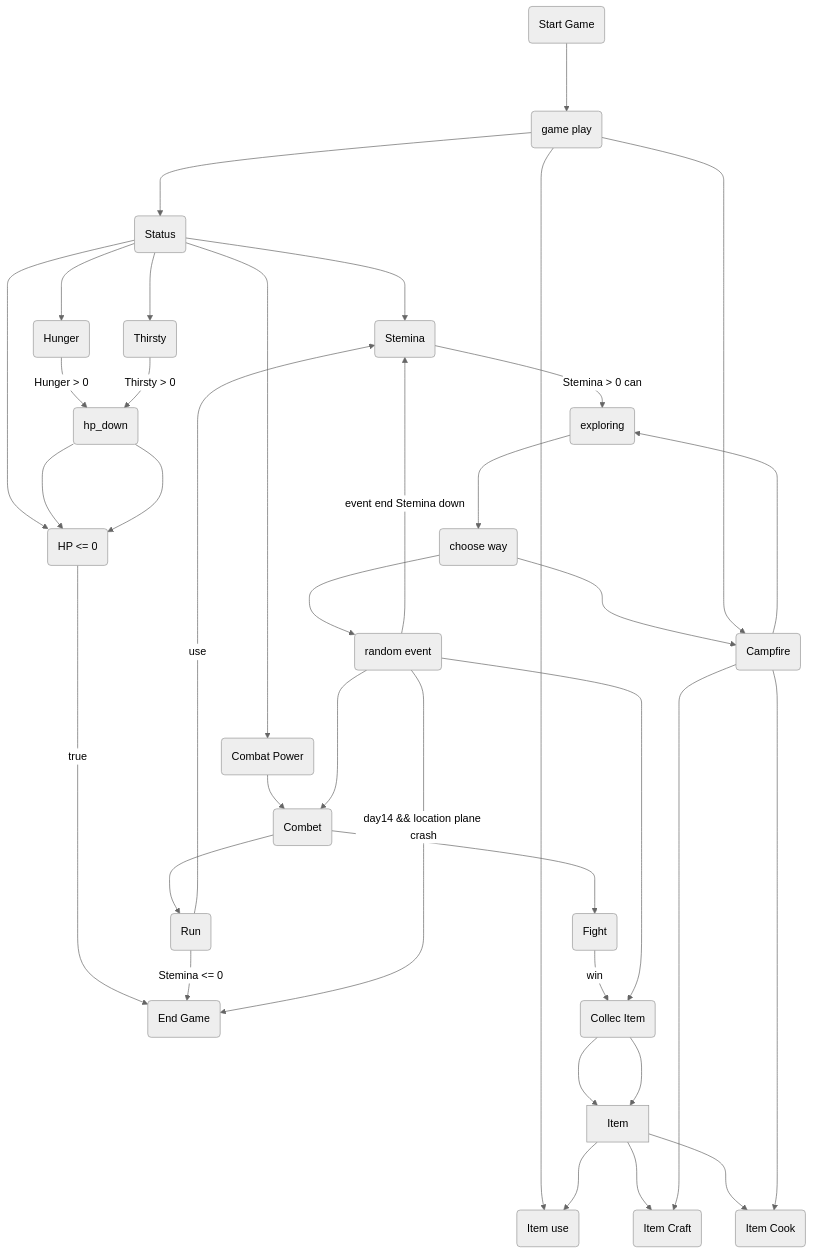
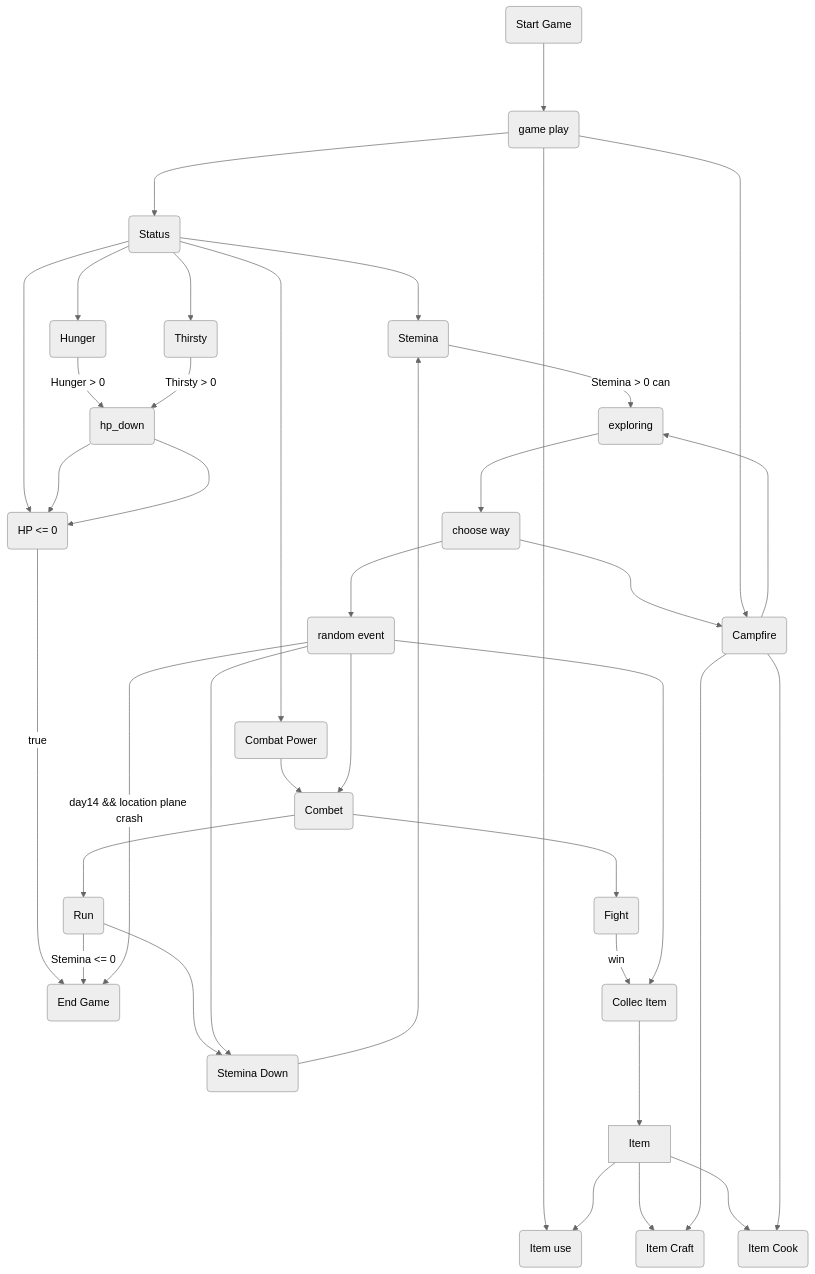
The diagram in need me.md (SSProgamer/C-Project), drawn with Mermaid (neutral theme) before and after one commit.

Commit message:
Update need me.md

````diff
--- a/need me.md
+++ b/need me.md
@@ -35,27 +35,27 @@
 ```mermaid
 flowchart TD
 start(Start Game) ---> ingame(game play)
 ingame ---> status(Status) --->hp
 status ---> Stemina(Stemina) -- Stemina > 0 can--> explore
 status ---> Hunger(Hunger) --Hunger > 0--> hp_down(hp_down) ---> hp
 status ---> Thirsty(Thirsty) --Thirsty > 0--> hp_down(hp_down) ---> hp
 status ---> combatpower(Combat Power) --> combet
 hp(HP <= 0) --true--> e(End Game)
 
 campfire ---> explore(exploring) ---> way(choose way) ---> event(random event)
 way ---> campfire
 event ----> combet(Combet)
-combet ---> fight(Fight) --win--> collectitem(Collec Item) ---> Item
-combet ---> run(Run) --use--> Stemina
+combet ---> fight(Fight) --win--> collectitem(Collec Item)
+combet ---> run(Run) ---> Steminadown(Stemina Down) --> Stemina
 run(Run) --Stemina <= 0--> e
-event --event end Stemina down--> Stemina
+event ---> Steminadown(Stemina Down)
 event --day14 && location plane crash--> e(End Game)
 event(random event) ----> collectitem(Collec Item) ---> Item
 ingame ---> Itemuse(Item use)
 Item ---> Itemuse
 Item ---> Itemcraft(Item Craft)
 Item ---> Itemcook(Item Cook)
 ingame ---> campfire(Campfire)
 campfire(Campfire) ---> Itemcraft(Item Craft)
 campfire(Campfire) ---> Itemcook(Item Cook)
 ```
````
